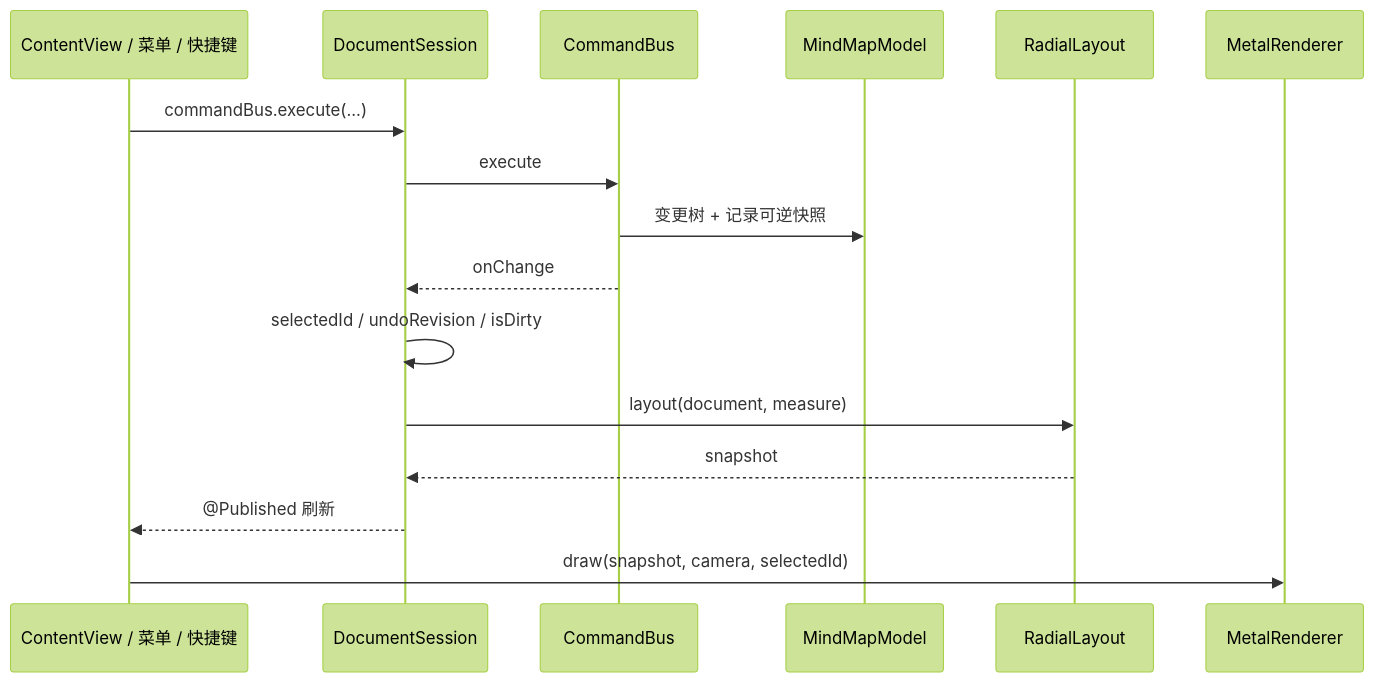
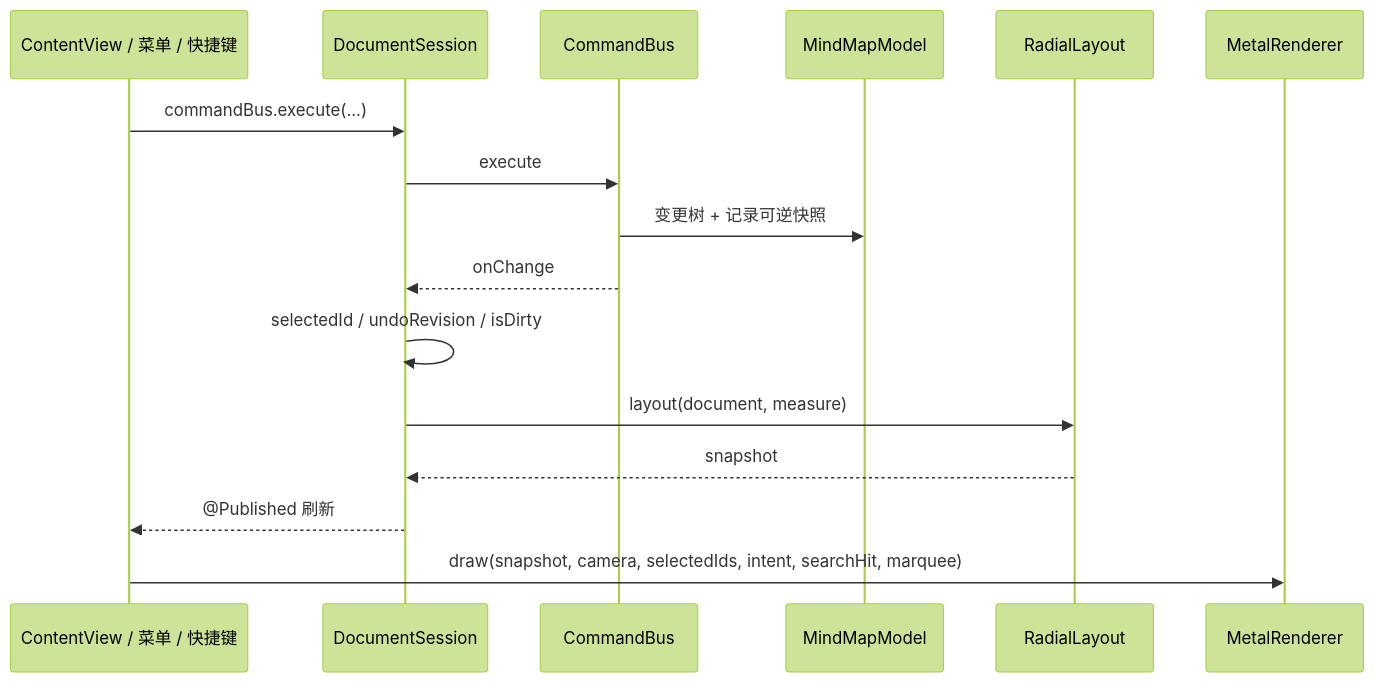
Before and after one commit to LieonShelly/Linva: the second of 5 diagrams in docs/架构现状.md, drawn with Mermaid (forest theme). The commit also changed other lines of this file and 2 other files, not shown here.

````diff
--- a/docs/架构现状.md
+++ b/docs/架构现状.md
@@ -97,19 +123,19 @@
 ```mermaid
 sequenceDiagram
   participant UI as ContentView / 菜单 / 快捷键
   participant DS as DocumentSession
   participant Bus as CommandBus
   participant Model as MindMapModel
   participant Lay as RadialLayout
   participant Metal as MetalRenderer
 
   UI->>DS: commandBus.execute(...)
   DS->>Bus: execute
   Bus->>Model: 变更树 + 记录可逆快照
   Bus-->>DS: onChange
   DS->>DS: selectedId / undoRevision / isDirty
   DS->>Lay: layout(document, measure)
   Lay-->>DS: snapshot
   DS-->>UI: @Published 刷新
-  UI->>Metal: draw(snapshot, camera, selectedId)
+  UI->>Metal: draw(snapshot, camera, selectedIds, intent, searchHit, marquee)
 ```
````
